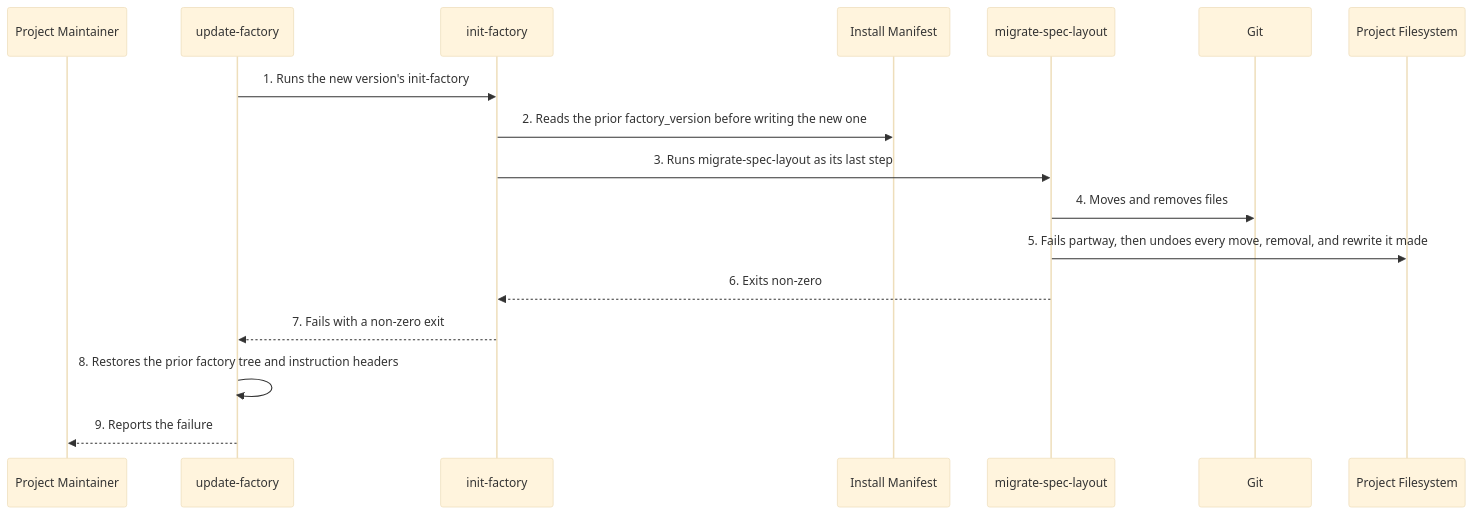
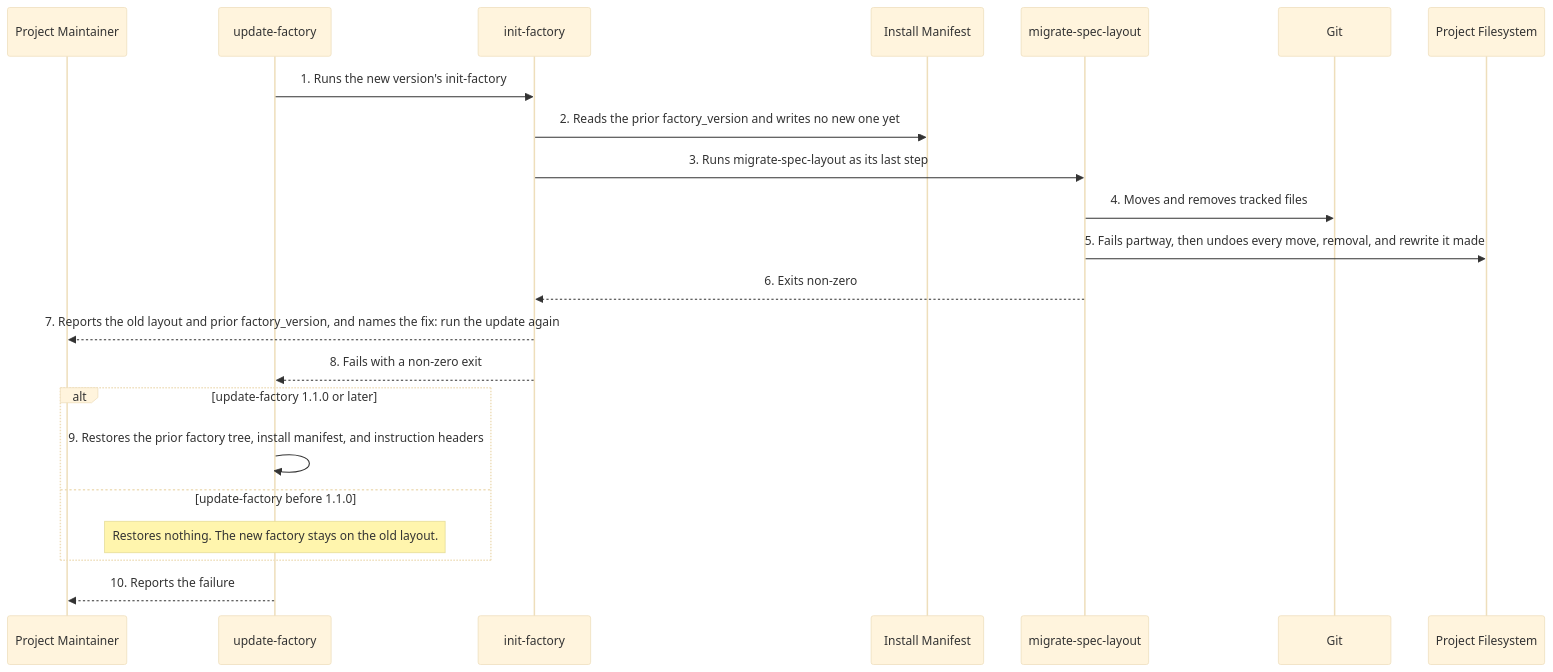
Before and after one commit to matthiasdaues/agent_factory: diagram 19 of 19 in docs/arc42/06_runtime_view.md, drawn with Mermaid (base theme). The commit also changed other lines of this file and 36 other files, not shown here.

````diff
--- a/docs/arc42/06_runtime_view.md
+++ b/docs/arc42/06_runtime_view.md
@@ -626,20 +630,25 @@
 ```mermaid
 sequenceDiagram
     participant M as Project Maintainer
     participant UF as update-factory
     participant IF as init-factory
     participant IM as Install Manifest
     participant MSL as migrate-spec-layout
     participant G as Git
     participant PF as Project Filesystem
 
     UF->>IF: 1. Runs the new version's init-factory
-    IF->>IM: 2. Reads the prior factory_version before writing the new one
+    IF->>IM: 2. Reads the prior factory_version and writes no new one yet
     IF->>MSL: 3. Runs migrate-spec-layout as its last step
-    MSL->>G: 4. Moves and removes files
+    MSL->>G: 4. Moves and removes tracked files
     MSL->>PF: 5. Fails partway, then undoes every move, removal, and rewrite it made
     MSL-->>IF: 6. Exits non-zero
-    IF-->>UF: 7. Fails with a non-zero exit
-    UF->>UF: 8. Restores the prior factory tree and instruction headers
-    UF-->>M: 9. Reports the failure
+    IF-->>M: 7. Reports the old layout and prior factory_version, and names the fix: run the update again
+    IF-->>UF: 8. Fails with a non-zero exit
+    alt update-factory 1.1.0 or later
+        UF->>UF: 9. Restores the prior factory tree, install manifest, and instruction headers
+    else update-factory before 1.1.0
+        Note over UF: Restores nothing. The new factory stays on the old layout.
+    end
+    UF-->>M: 10. Reports the failure
 ```
````
